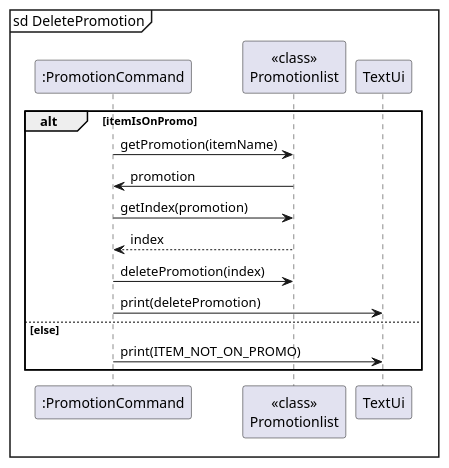
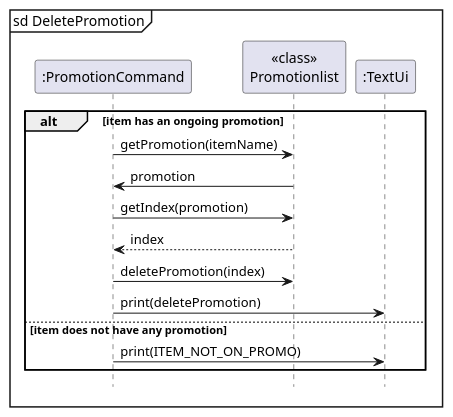
The diagram in docs/Diagrams/PUML files/DeletePromotion.puml (LowTL/tp), drawn with PlantUML before and after one commit. The commit also changed 10 other files, not shown here.

```diff
--- a/docs/Diagrams/PUML files/DeletePromotion.puml
+++ b/docs/Diagrams/PUML files/DeletePromotion.puml
@@ -1,21 +1,22 @@
 @startuml
 'https://plantuml.com/sequence-diagram
 
 mainframe sd DeletePromotion
 
 participant ":PromotionCommand" as PromotionCommand
 participant "<<class>>\nPromotionlist" as Promotionlist
-participant TextUi
+participant ":TextUi" as TextUi
 
-alt itemIsOnPromo
+alt item has an ongoing promotion
     PromotionCommand -> Promotionlist : getPromotion(itemName)
     Promotionlist -> PromotionCommand : promotion
     PromotionCommand -> Promotionlist : getIndex(promotion)
     Promotionlist --> PromotionCommand : index
     PromotionCommand -> Promotionlist : deletePromotion(index)
     PromotionCommand -> TextUi : print(deletePromotion)
-else else
+else item does not have any promotion
     PromotionCommand -> TextUi : print(ITEM_NOT_ON_PROMO)
 end
 
+hide footbox
 @enduml
```
